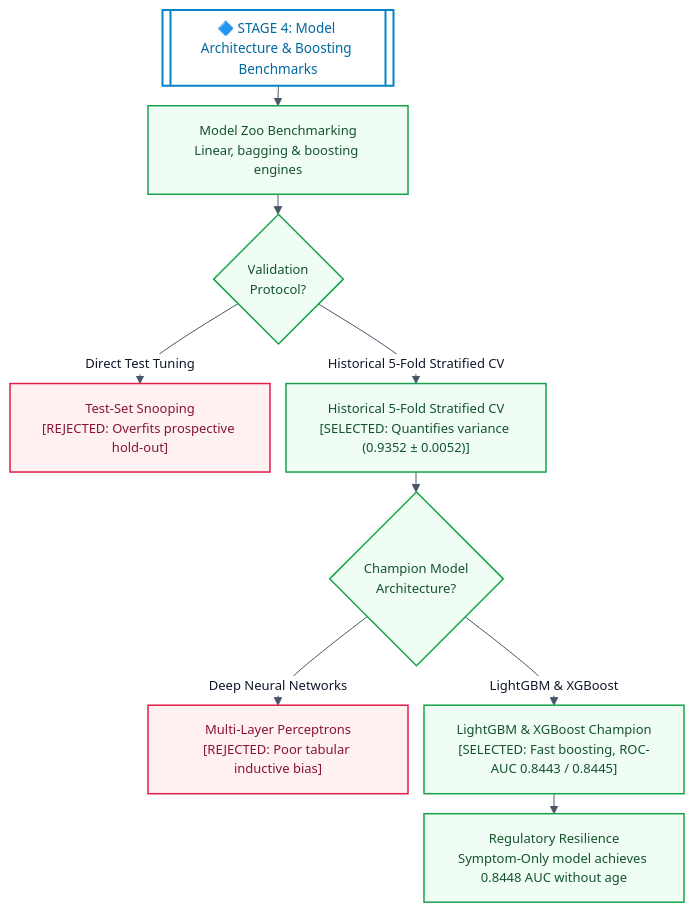
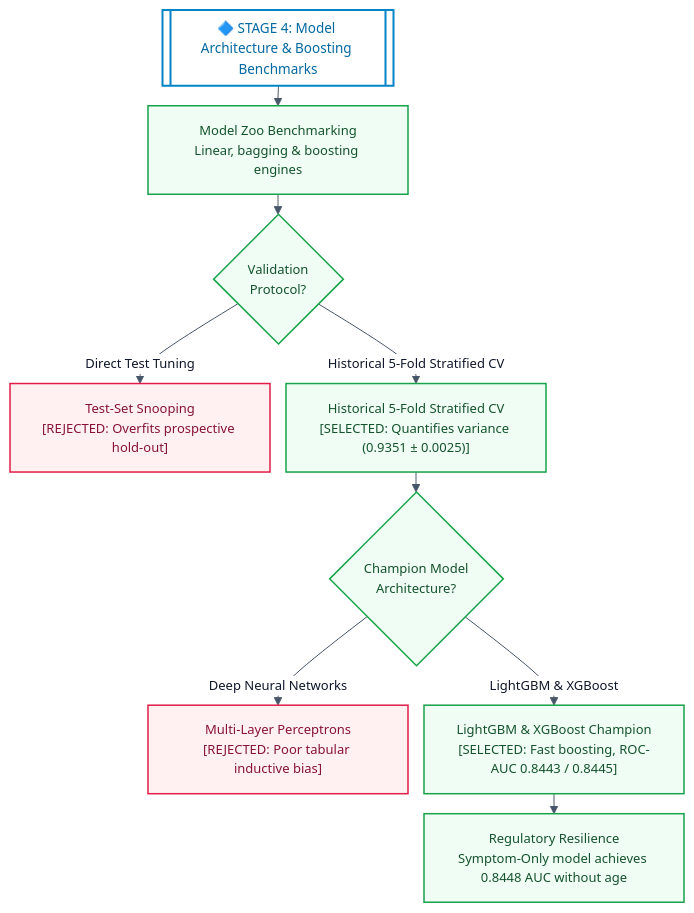
The fourth of 6 diagrams in CS_L7_M10_Hackathon/M10-02-01_covid19_hackathon_pathway.md (Llander22/Data-Science-Portfolio), drawn with Mermaid before and after one commit. The commit also changed other lines of this file and 3 other files, not shown here.

````diff
--- a/CS_L7_M10_Hackathon/M10-02-01_covid19_hackathon_pathway.md
+++ b/CS_L7_M10_Hackathon/M10-02-01_covid19_hackathon_pathway.md
@@ -175,20 +179,20 @@
 ```mermaid
 %%{init: {'theme': 'base', 'themeVariables': {'fontSize': '13px', 'fontFamily': 'Segoe UI, Arial, sans-serif', 'primaryColor': '#ffffff', 'primaryTextColor': '#0f172a', 'primaryBorderColor': '#94a3b8', 'lineColor': '#475569'}, 'flowchart': {'nodeSpacing': 16, 'rankSpacing': 20, 'curve': 'basis'}}}%%
 flowchart TD
     S4[["🔷 STAGE 4: Model Architecture & Boosting Benchmarks"]]
     S4 --> H["Model Zoo Benchmarking<br/>Linear, bagging & boosting engines"]
     H --> I{"Validation<br/>Protocol?"}
     I -- "Direct Test Tuning" --> I_TEST["Test-Set Snooping<br/>[REJECTED: Overfits prospective hold-out]"]
-    I -- "Historical 5-Fold Stratified CV" --> I_CV["Historical 5-Fold Stratified CV<br/>[SELECTED: Quantifies variance (0.9352 ± 0.0052)]"]
+    I -- "Historical 5-Fold Stratified CV" --> I_CV["Historical 5-Fold Stratified CV<br/>[SELECTED: Quantifies variance (0.9351 ± 0.0025)]"]
     I_CV --> J{"Champion Model<br/>Architecture?"}
     J -- "Deep Neural Networks" --> J_NN["Multi-Layer Perceptrons<br/>[REJECTED: Poor tabular inductive bias]"]
     J -- "LightGBM & XGBoost" --> J_BOOST["LightGBM & XGBoost Champion<br/>[SELECTED: Fast boosting, ROC-AUC 0.8443 / 0.8445]"]
     J_BOOST --> K["Regulatory Resilience<br/>Symptom-Only model achieves 0.8448 AUC without age"]
 
     classDef stageBanner fill:#ffffff,stroke:#0284c7,stroke-width:2px,color:#0369a1,font-size:13.5px;
     class S4 stageBanner;
     classDef selected fill:#f0fdf4,stroke:#16a34a,stroke-width:1.5px,color:#14532d;
     classDef rejected fill:#fff1f2,stroke:#e11d48,stroke-width:1.5px,color:#881337;
     class H,I,I_CV,J,J_BOOST,K selected;
     class I_TEST,J_NN rejected;
 ```
````
